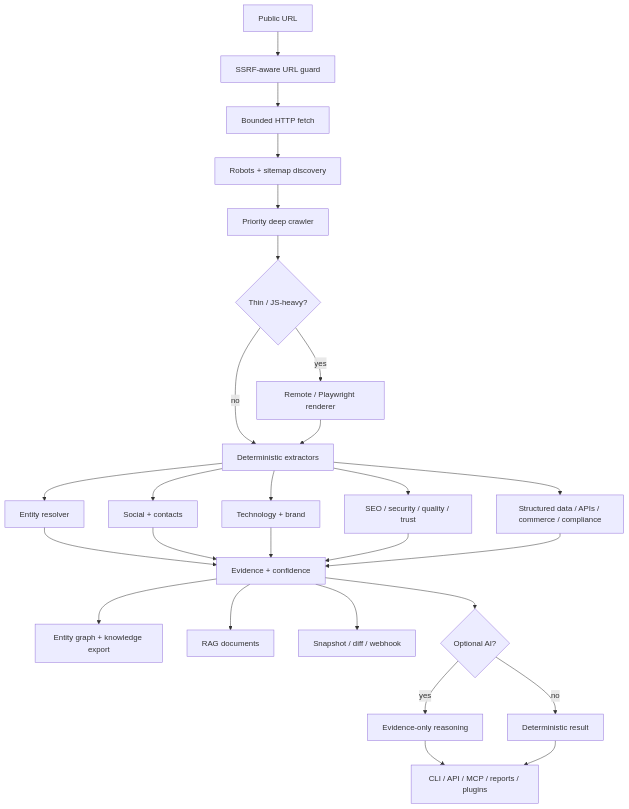
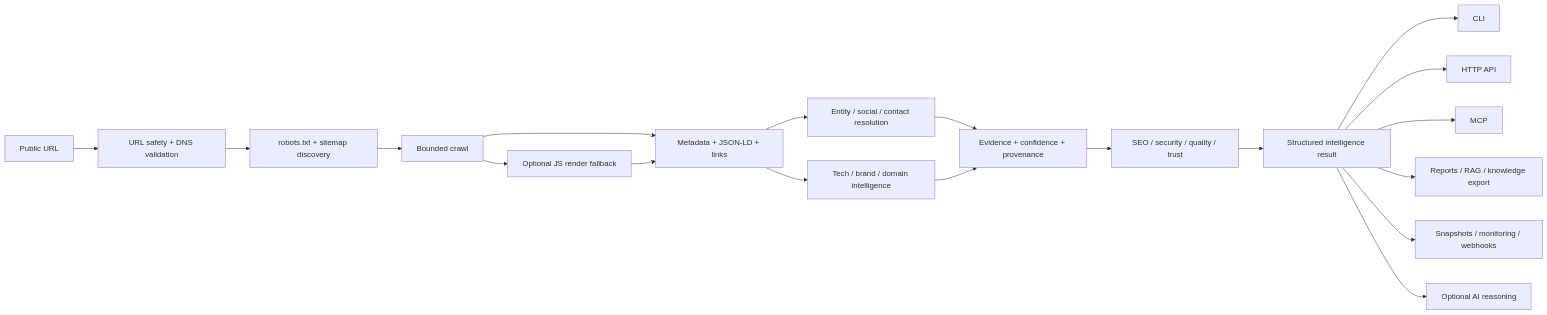
The diagram in README.md (vpicciuolo/url-intelligence-agent), drawn with Mermaid before and after one commit. The commit also changed other lines of this file, not shown here.

````diff
--- a/README.md
+++ b/README.md
@@ -1110,29 +135,21 @@
 ```mermaid
-flowchart TD
-    A[Public URL] --> B[SSRF-aware URL guard]
-    B --> C[Bounded HTTP fetch]
-    C --> D[Robots + sitemap discovery]
-    D --> E[Priority deep crawler]
-    E --> F{Thin / JS-heavy?}
-    F -->|yes| G[Remote / Playwright renderer]
-    F -->|no| H[Deterministic extractors]
-    G --> H
-    H --> I[Entity resolver]
-    H --> J[Social + contacts]
-    H --> K[Technology + brand]
-    H --> L[SEO / security / quality / trust]
-    H --> M[Structured data / APIs / commerce / compliance]
-    I --> N[Evidence + confidence]
-    J --> N
-    K --> N
-    L --> N
-    M --> N
-    N --> O[Entity graph + knowledge export]
-    N --> P[RAG documents]
-    N --> Q[Snapshot / diff / webhook]
-    N --> R{Optional AI?}
-    R -->|yes| S[Evidence-only reasoning]
-    R -->|no| T[Deterministic result]
-    S --> U[CLI / API / MCP / reports / plugins]
-    T --> U
+flowchart LR
+    A[Public URL] --> B[URL safety + DNS validation]
+    B --> C[robots.txt + sitemap discovery]
+    C --> D[Bounded crawl]
+    D --> E[Optional JS render fallback]
+    D --> F[Metadata + JSON-LD + links]
+    E --> F
+    F --> G[Entity / social / contact resolution]
+    F --> H[Tech / brand / domain intelligence]
+    G --> I[Evidence + confidence + provenance]
+    H --> I
+    I --> J[SEO / security / quality / trust]
+    J --> K[Structured intelligence result]
+    K --> L[CLI]
+    K --> M[HTTP API]
+    K --> N[MCP]
+    K --> O[Reports / RAG / knowledge export]
+    K --> P[Snapshots / monitoring / webhooks]
+    K --> Q[Optional AI reasoning]
 ```
````
